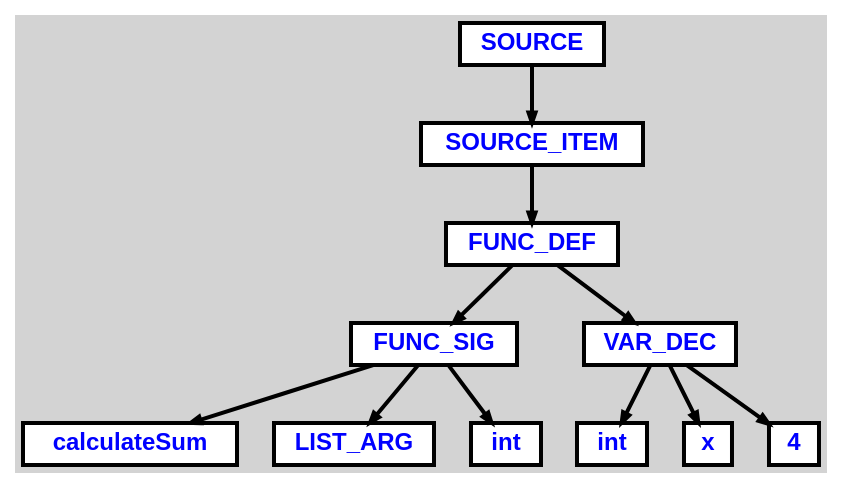
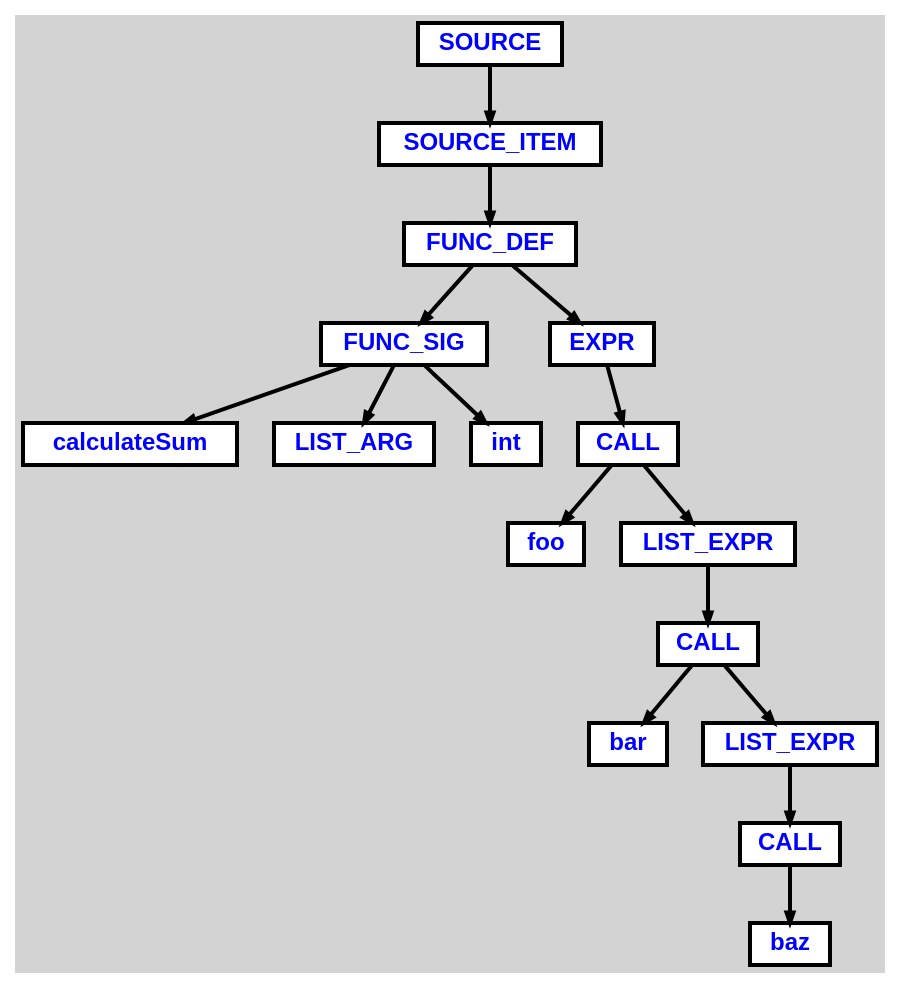
One commit to popov-p/itmo-spo-2024 changed the diagram in Lab-1/src/tree.dot. Above: the diagram before and after it, drawn with Graphviz. The commit also changed 19 other files, not shown here.

```diff
--- a/Lab-1/src/tree.dot
+++ b/Lab-1/src/tree.dot
@@ -1,33 +1,43 @@
 digraph {
 
 	ordering=out;
 	ranksep=.4;
 	bgcolor="lightgrey";  node [shape=box, fixedsize=false, fontsize=12, fontname="Helvetica-bold", fontcolor="blue"
 	width=.25, height=.25, color="black", fillcolor="white", style="filled, solid, bold"];
 
 	edge [arrowsize=.5, color="black", style="bold"]
 
-	n0x7f4f7729a770[label="SOURCE"]
-	n0x7f4f7729a638[label="SOURCE_ITEM"]
-	n0x7f4f7729a500[label="FUNC_DEF"]
-	n0x7f4f772993f0[label="FUNC_SIG"]
-	n0x7f4f77299180[label="calculateSum"]
-	n0x7f4f772992b8[label="LIST_ARG"]
-	n0x7f4f77299660[label="int"]
-	n0x7f4f7729a290[label="VAR_DEC"]
-	n0x7f4f7729a158[label="int"]
-	n0x7f4f77299ee8[label="x"]
-	n0x7f4f7729a3c8[label="4"]
+	n0x717f874a3c20[label="SOURCE"]
+	n0x717f874a3ae8[label="SOURCE_ITEM"]
+	n0x717f874a1c70[label="FUNC_DEF"]
+	n0x717f874993f0[label="FUNC_SIG"]
+	n0x717f87499180[label="calculateSum"]
+	n0x717f874992b8[label="LIST_ARG"]
+	n0x717f87499660[label="int"]
+	n0x717f874a39b0[label="EXPR"]
+	n0x717f874a3878[label="CALL"]
+	n0x717f874a2b10[label="foo"]
+	n0x717f874a3740[label="LIST_EXPR"]
+	n0x717f874a3608[label="CALL"]
+	n0x717f874a2eb8[label="bar"]
+	n0x717f874a34d0[label="LIST_EXPR"]
+	n0x717f874a3398[label="CALL"]
+	n0x717f874a3260[label="baz"]
 
-		n0x7f4f7729a770 -> n0x7f4f7729a638		// SOURCE -> SOURCE_ITEM
-		n0x7f4f7729a638 -> n0x7f4f7729a500		// SOURCE_ITEM -> FUNC_DEF
-		n0x7f4f7729a500 -> n0x7f4f772993f0		// FUNC_DEF -> FUNC_SIG
-		n0x7f4f772993f0 -> n0x7f4f77299180		// FUNC_SIG -> calculateSum
-		n0x7f4f772993f0 -> n0x7f4f772992b8		// FUNC_SIG -> LIST_ARG
-		n0x7f4f772993f0 -> n0x7f4f77299660		// FUNC_SIG -> int
-		n0x7f4f7729a500 -> n0x7f4f7729a290		// FUNC_DEF -> VAR_DEC
-		n0x7f4f7729a290 -> n0x7f4f7729a158		// VAR_DEC -> int
-		n0x7f4f7729a290 -> n0x7f4f77299ee8		// VAR_DEC -> x
-		n0x7f4f7729a290 -> n0x7f4f7729a3c8		// VAR_DEC -> 4
+		n0x717f874a3c20 -> n0x717f874a3ae8		// SOURCE -> SOURCE_ITEM
+		n0x717f874a3ae8 -> n0x717f874a1c70		// SOURCE_ITEM -> FUNC_DEF
+		n0x717f874a1c70 -> n0x717f874993f0		// FUNC_DEF -> FUNC_SIG
+		n0x717f874993f0 -> n0x717f87499180		// FUNC_SIG -> calculateSum
+		n0x717f874993f0 -> n0x717f874992b8		// FUNC_SIG -> LIST_ARG
+		n0x717f874993f0 -> n0x717f87499660		// FUNC_SIG -> int
+		n0x717f874a1c70 -> n0x717f874a39b0		// FUNC_DEF -> EXPR
+		n0x717f874a39b0 -> n0x717f874a3878		// EXPR -> CALL
+		n0x717f874a3878 -> n0x717f874a2b10		// CALL -> foo
+		n0x717f874a3878 -> n0x717f874a3740		// CALL -> LIST_EXPR
+		n0x717f874a3740 -> n0x717f874a3608		// LIST_EXPR -> CALL
+		n0x717f874a3608 -> n0x717f874a2eb8		// CALL -> bar
+		n0x717f874a3608 -> n0x717f874a34d0		// CALL -> LIST_EXPR
+		n0x717f874a34d0 -> n0x717f874a3398		// LIST_EXPR -> CALL
+		n0x717f874a3398 -> n0x717f874a3260		// CALL -> baz
 
 }
```
